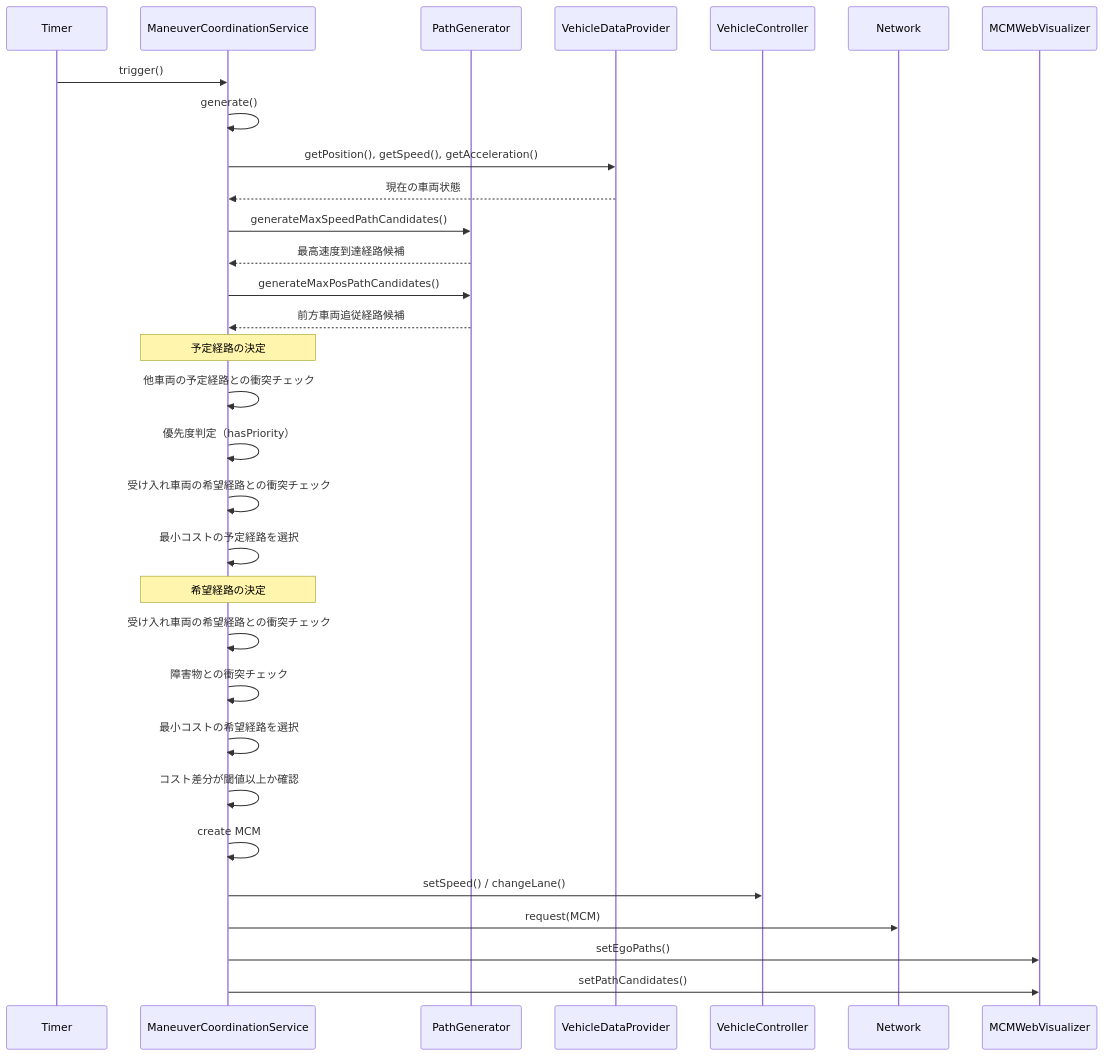
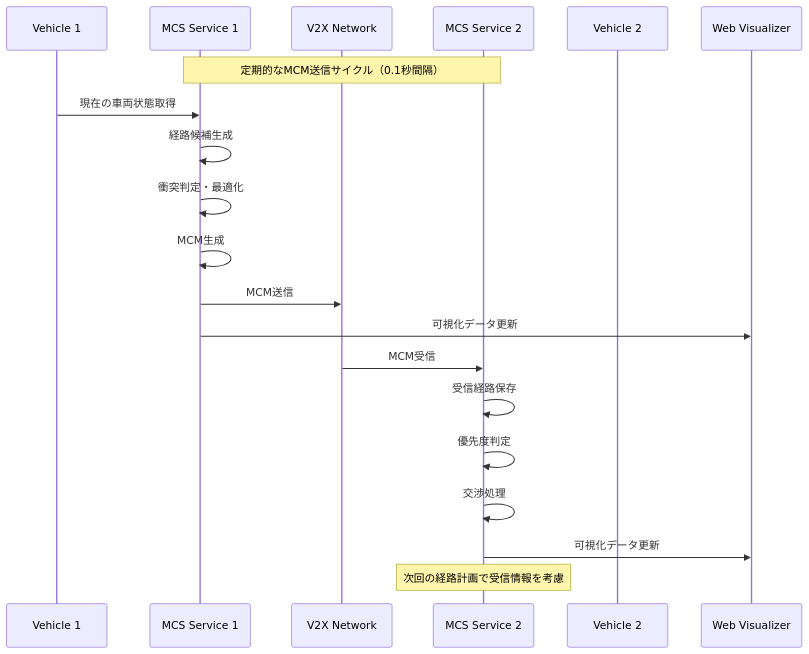
One commit to n7n788/OpenCV2X changed the second of 3 diagrams in README.md. Above: the diagram before and after it, drawn with Mermaid. The commit also changed other lines of this file and 2 other files, not shown here.

````diff
--- a/README.md
+++ b/README.md
@@ -159,43 +161,26 @@
 ```mermaid
 sequenceDiagram
-    participant Timer
-    participant MCS as ManeuverCoordinationService
-    participant PG as PathGenerator
-    participant VDP as VehicleDataProvider
-    participant VC as VehicleController
-    participant Network
-    participant Viz as MCMWebVisualizer
+    participant V1 as Vehicle 1
+    participant MCS1 as MCS Service 1
+    participant V2X as V2X Network
+    participant MCS2 as MCS Service 2
+    participant V2 as Vehicle 2
+    participant Viz as Web Visualizer
 
-    Timer->>MCS: trigger()
-    MCS->>MCS: generate()
+    Note over MCS1, MCS2: 定期的なMCM送信サイクル（0.1秒間隔）
+
+    V1->>MCS1: 現在の車両状態取得
+    MCS1->>MCS1: 経路候補生成
+    MCS1->>MCS1: 衝突判定・最適化
+    MCS1->>MCS1: MCM生成
+    MCS1->>V2X: MCM送信
+    MCS1->>Viz: 可視化データ更新
     
-    MCS->>VDP: getPosition(), getSpeed(), getAcceleration()
-    VDP-->>MCS: 現在の車両状態
+    V2X->>MCS2: MCM受信
+    MCS2->>MCS2: 受信経路保存
+    MCS2->>MCS2: 優先度判定
+    MCS2->>MCS2: 交渉処理
+    MCS2->>Viz: 可視化データ更新
     
-    MCS->>PG: generateMaxSpeedPathCandidates()
-    PG-->>MCS: 最高速度到達経路候補
-    
-    MCS->>PG: generateMaxPosPathCandidates()
-    PG-->>MCS: 前方車両追従経路候補
-    
-    Note over MCS: 予定経路の決定
-    MCS->>MCS: 他車両の予定経路との衝突チェック
-    MCS->>MCS: 優先度判定（hasPriority）
-    MCS->>MCS: 受け入れ車両の希望経路との衝突チェック
-    MCS->>MCS: 最小コストの予定経路を選択
-    
-    Note over MCS: 希望経路の決定
-    MCS->>MCS: 受け入れ車両の希望経路との衝突チェック
-    MCS->>MCS: 障害物との衝突チェック
-    MCS->>MCS: 最小コストの希望経路を選択
-    MCS->>MCS: コスト差分が閾値以上か確認
-    
-    MCS->>MCS: create MCM
-    
-    MCS->>VC: setSpeed() / changeLane()
-    
-    MCS->>Network: request(MCM)
-    
-    MCS->>Viz: setEgoPaths()
-    MCS->>Viz: setPathCandidates()
+    Note over MCS2: 次回の経路計画で受信情報を考慮
 ```
````
